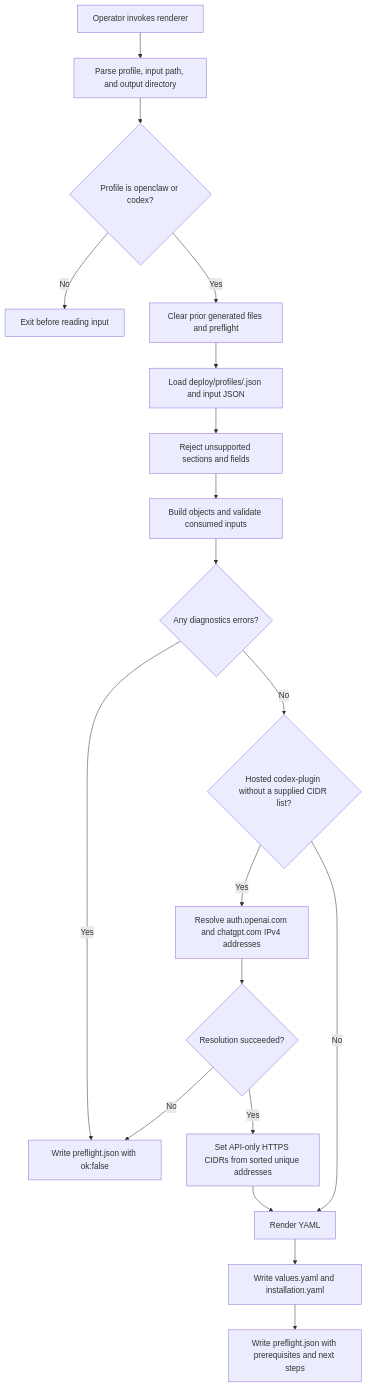
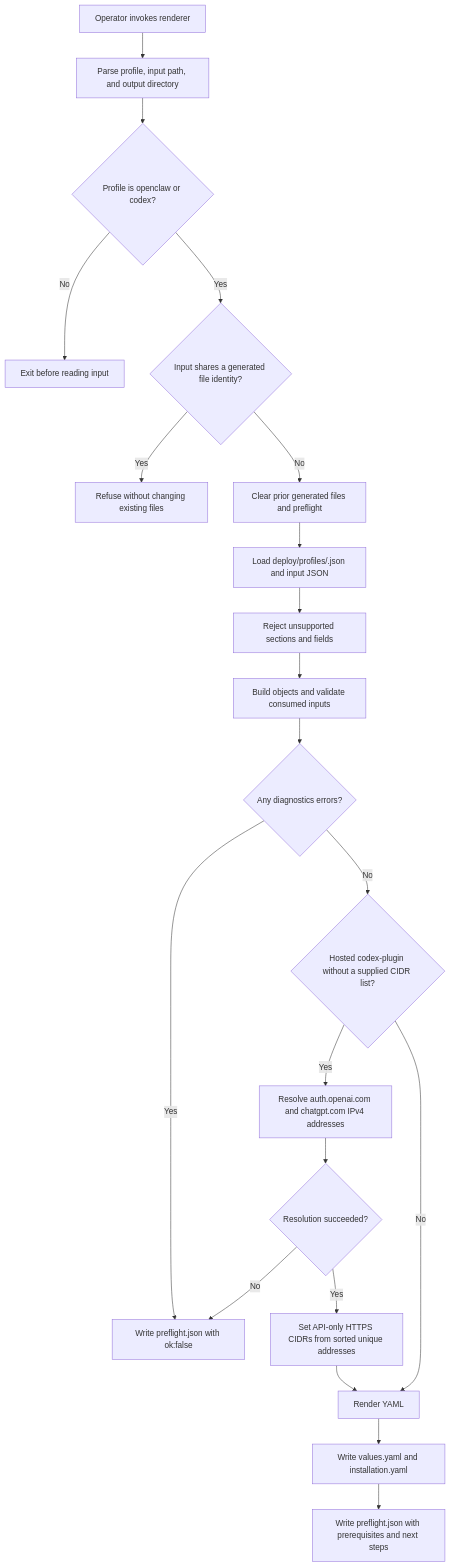
The diagram in docs/flows/installation-profile-rendering.md (ericcaiwx-star/openclaw-enterprise), drawn with Mermaid before and after one commit. The commit also changed other lines of this file and 3 other files, not shown here.

````diff
--- a/docs/flows/installation-profile-rendering.md
+++ b/docs/flows/installation-profile-rendering.md
@@ -30,21 +30,23 @@
 ```mermaid
 graph TD
   A["Operator invokes renderer"] --> B["Parse profile, input path, and output directory"]
   B --> C{"Profile is openclaw or codex?"}
   C -->|No| X["Exit before reading input"]
-  C -->|Yes| R["Clear prior generated files and preflight"]
+  C -->|Yes| P{"Input shares a generated file identity?"}
+  P -->|Yes| Q["Refuse without changing existing files"]
+  P -->|No| R["Clear prior generated files and preflight"]
   R --> D["Load deploy/profiles/<profile>.json and input JSON"]
   D --> E["Reject unsupported sections and fields"]
   E --> F["Build objects and validate consumed inputs"]
   F --> G{"Any diagnostics errors?"}
   G -->|Yes| H["Write preflight.json with ok:false"]
   G -->|No| I{"Hosted codex-plugin without a supplied CIDR list?"}
   I -->|Yes| M["Resolve auth.openai.com and chatgpt.com IPv4 addresses"]
   M --> N{"Resolution succeeded?"}
   N -->|No| H
   N -->|Yes| O["Set API-only HTTPS CIDRs from sorted unique addresses"]
   I -->|No| J["Render YAML"]
   O --> J
   J --> K["Write values.yaml and installation.yaml"]
   K --> L["Write preflight.json with prerequisites and next steps"]
 ```
````
